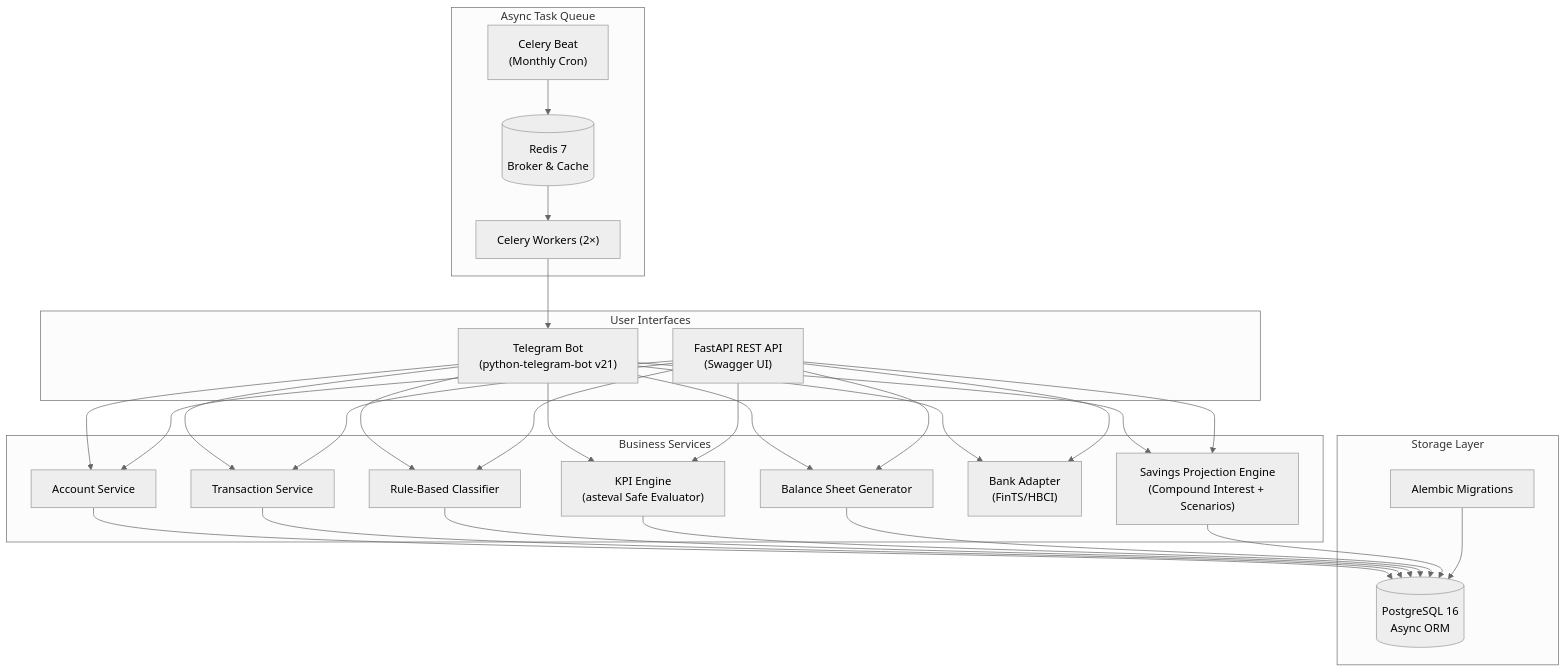
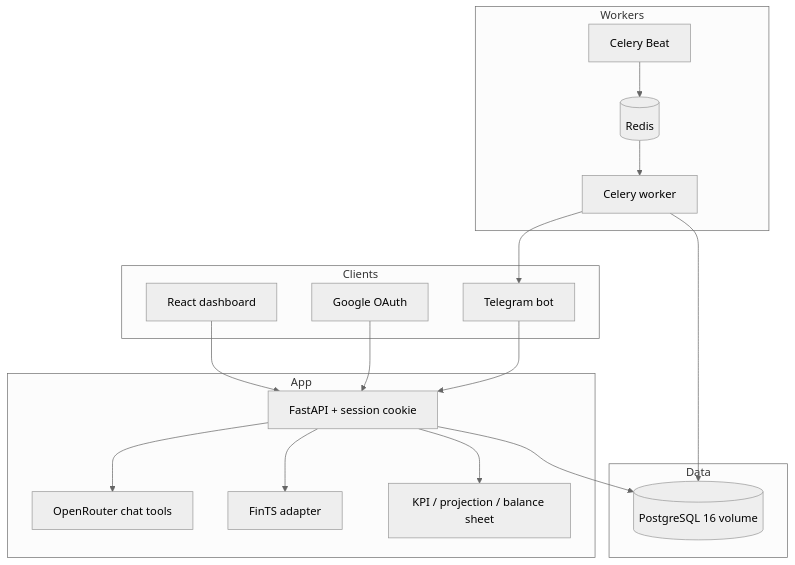
Before and after one commit to andretheile/savingstracker: the diagram in README.md, drawn with Mermaid (neutral theme). The commit also changed other lines of this file and 3 other files, not shown here.

First line of the commit message:
docs: rewrite README and architecture to match the live app

````diff
--- a/README.md
+++ b/README.md
@@ -22,33 +23,34 @@
 ```mermaid
 graph TB
-    subgraph "User Interfaces"
-        TG["Telegram Bot<br/>(python-telegram-bot v21)"]
-        REST["FastAPI REST API<br/>(Swagger UI)"]
+    subgraph "Clients"
+        WEB["React dashboard"]
+        TG["Telegram bot"]
+        GOOG["Google OAuth"]
     end
 
-    subgraph "Business Services"
-        ACC["Account Service"]
-        TXN["Transaction Service"]
-        CLS["Rule-Based Classifier"]
-        KPI["KPI Engine<br/>(asteval Safe Evaluator)"]
-        PROJ["Savings Projection Engine<br/>(Compound Interest + Scenarios)"]
-        BANK["Bank Adapter<br/>(FinTS/HBCI)"]
-        BAL["Balance Sheet Generator"]
+    subgraph "App"
+        API["FastAPI + session cookie"]
+        LLM["OpenRouter chat tools"]
+        BANK["FinTS adapter"]
+        KPI["KPI / projection / balance sheet"]
     end
 
-    subgraph "Async Task Queue"
-        CELERY["Celery Workers (2×)"]
-        BEAT["Celery Beat<br/>(Monthly Cron)"]
-        REDIS[("Redis 7<br/>Broker & Cache")]
+    subgraph "Workers"
+        W["Celery worker"]
+        BEAT["Celery Beat"]
+        REDIS[("Redis")]
     end
 
-    subgraph "Storage Layer"
-        PG[("PostgreSQL 16<br/>Async ORM")]
-        ALEMBIC["Alembic Migrations"]
+    subgraph "Data"
+        PG[("PostgreSQL 16 volume")]
     end
 
-    TG & REST --> ACC & TXN & CLS & KPI & PROJ & BANK & BAL
-    ACC & TXN & CLS & KPI & BAL & PROJ --> PG
-    BEAT --> REDIS --> CELERY --> TG
-    ALEMBIC --> PG
+    WEB --> API
+    GOOG --> API
+    TG --> API
+    API --> BANK & KPI & LLM
+    API --> PG
+    BEAT --> REDIS --> W
+    W --> PG
+    W --> TG
 ```
````
